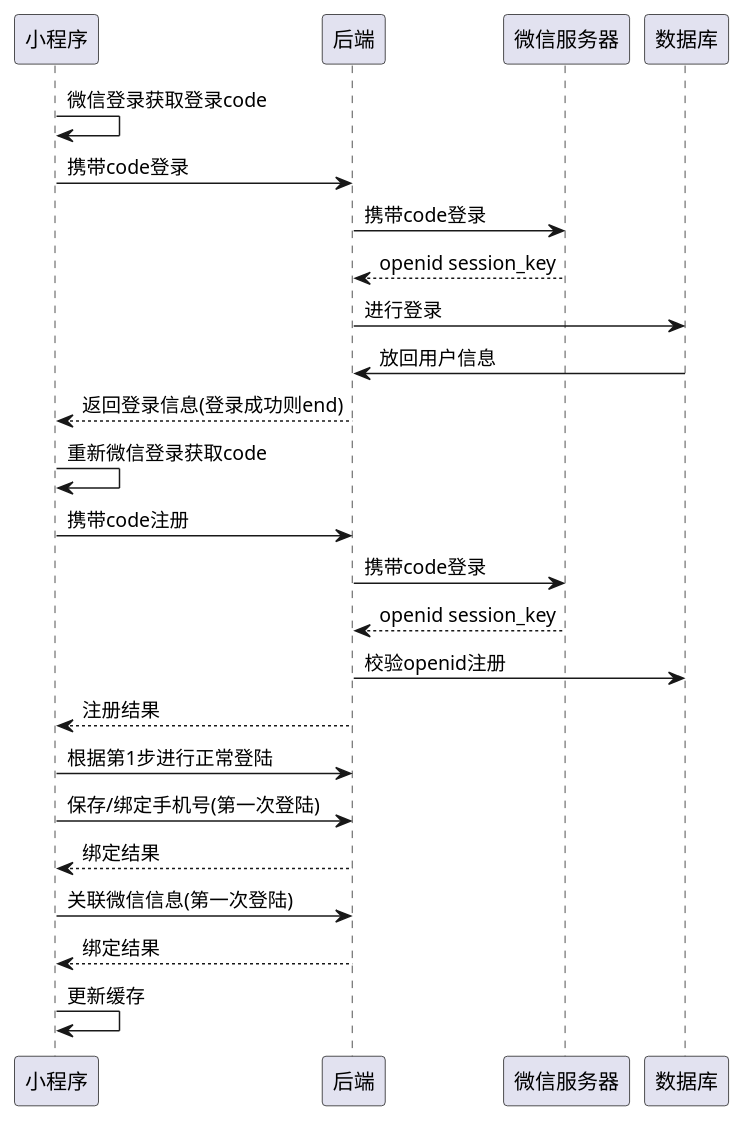
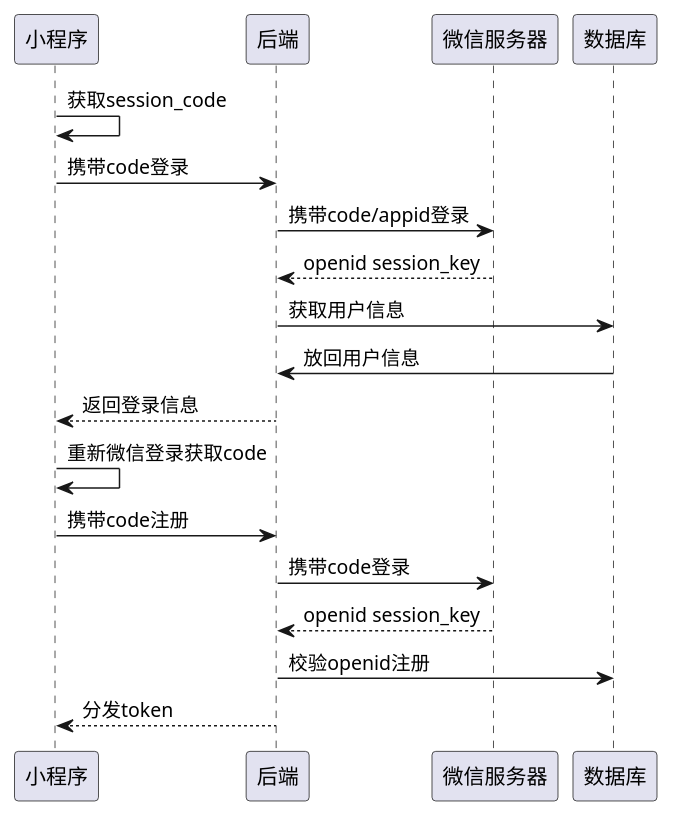
The diagram in document/时序图/weix登录.puml (Code-Agitator/star-questionnaire-backend), drawn with PlantUML before and after one commit. The commit also changed 4 other files, not shown here.

```diff
--- a/document/时序图/weix登录.puml
+++ b/document/时序图/weix登录.puml
@@ -1,22 +1,15 @@
 @startuml
-小程序 -> 小程序:微信登录获取登录code
+小程序 -> 小程序:获取session_code
 小程序 -> 后端:携带code登录
-后端 -> 微信服务器:携带code登录
+后端 -> 微信服务器:携带code/appid登录
 微信服务器 --> 后端:openid session_key
-后端 -> 数据库:进行登录
+后端 -> 数据库:获取用户信息
 数据库 -> 后端: 放回用户信息
-后端 --> 小程序:返回登录信息(登录成功则end)
+后端 --> 小程序:返回登录信息
 小程序->小程序: 重新微信登录获取code
 小程序 -> 后端: 携带code注册
 后端 -> 微信服务器:携带code登录
 微信服务器 --> 后端:openid session_key
 后端 -> 数据库:校验openid注册
-后端 -->小程序:注册结果
-小程序 -> 后端:根据第1步进行正常登陆
-小程序 -> 后端:保存/绑定手机号(第一次登陆)
-后端 -->小程序:绑定结果
-小程序 -> 后端:关联微信信息(第一次登陆)
-后端 --> 小程序:绑定结果
-小程序 -> 小程序:更新缓存
-
+后端 -->小程序:分发token
 @enduml
```
